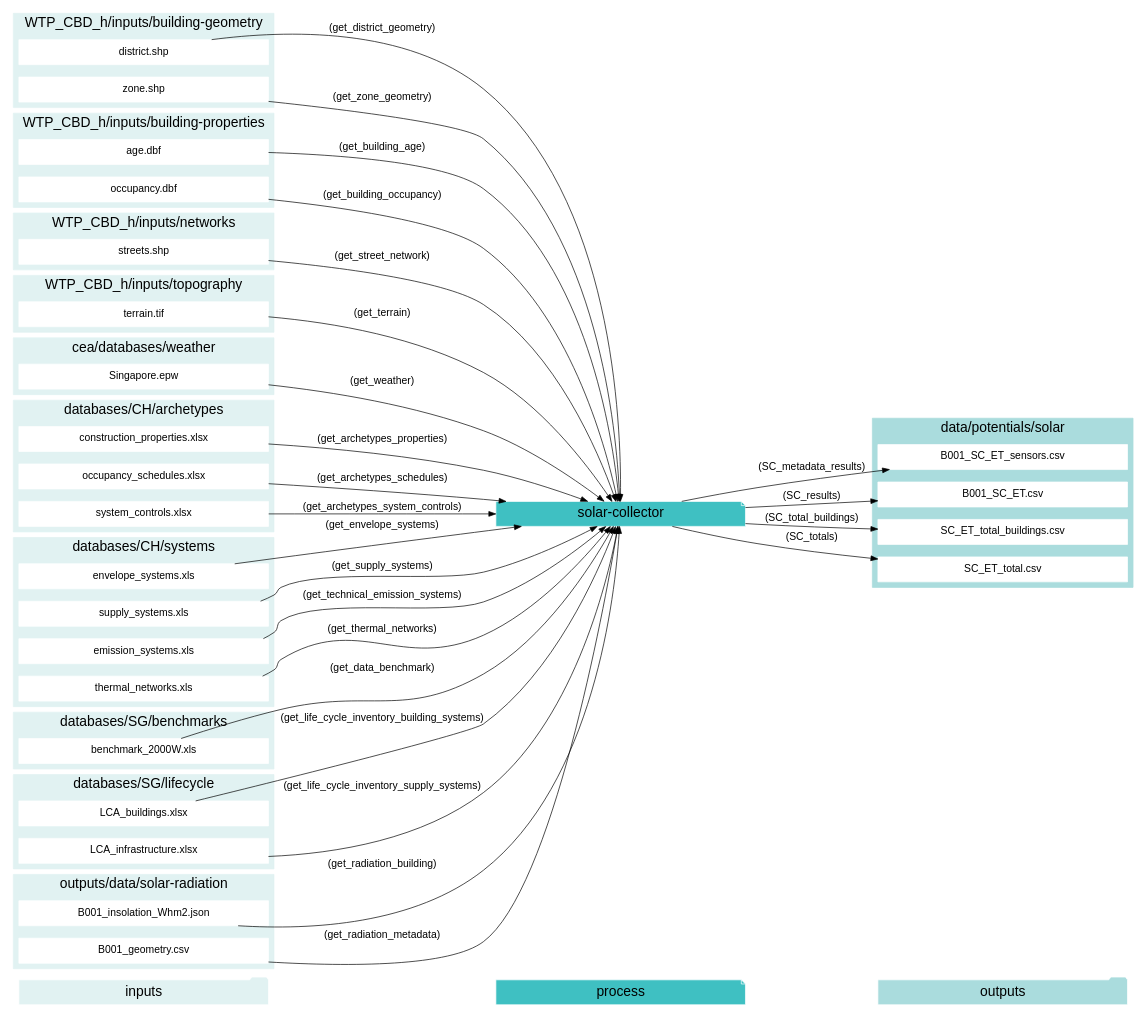
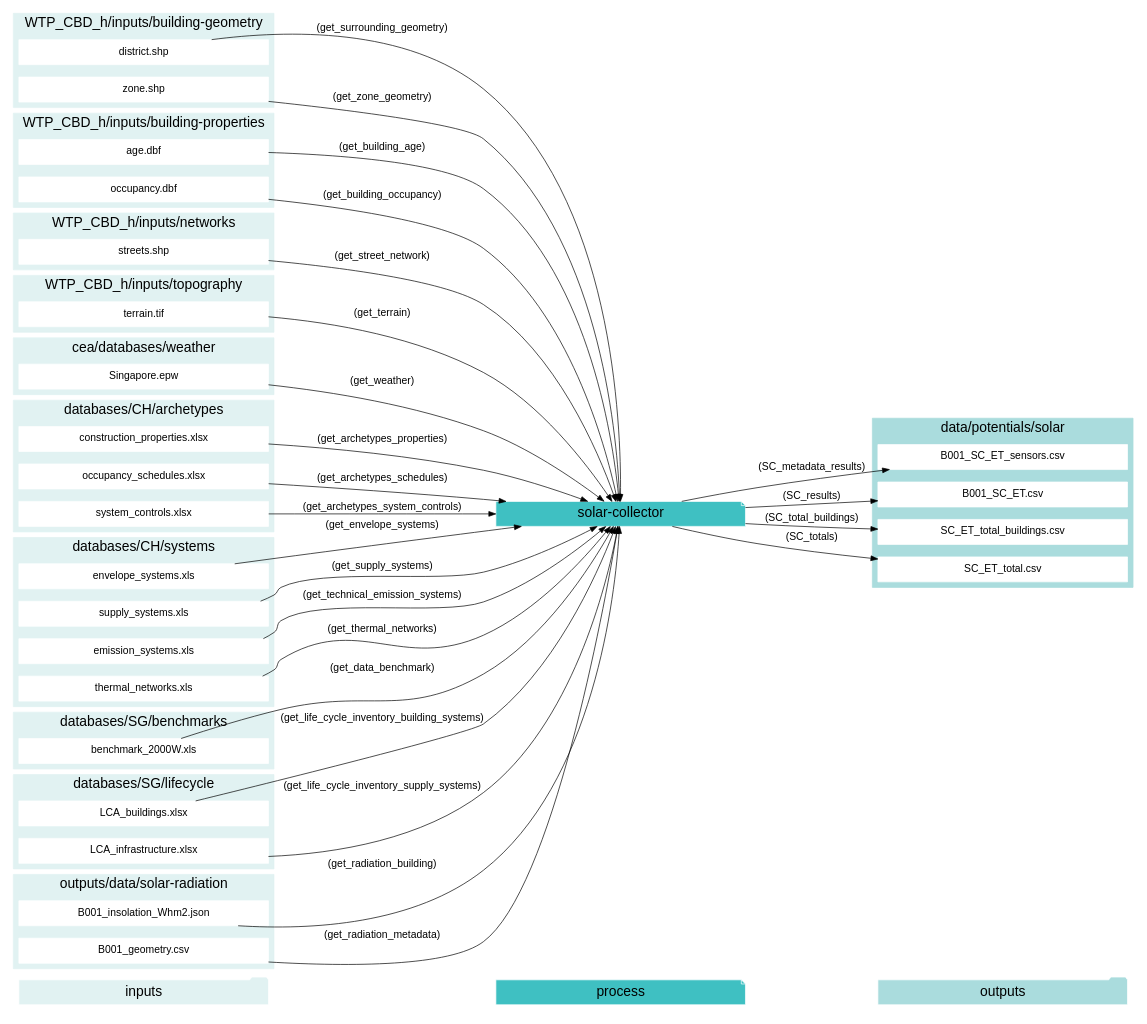
One commit to architecture-building-systems/CityEnergyAnalyst changed the fifth of 12 diagrams in docs/script-data-flow.rst. Above: the diagram before and after it, drawn with Graphviz. The commit also changed other lines of this file and 9 other files, not shown here.

```diff
--- a/docs/script-data-flow.rst
+++ b/docs/script-data-flow.rst
@@ -689,7 +689,7 @@
     "age.dbf" -> "solar-collector"[label="(get_building_age)"]
     "occupancy.dbf" -> "solar-collector"[label="(get_building_occupancy)"]
     "benchmark_2000W.xls" -> "solar-collector"[label="(get_data_benchmark)"]
-    "district.shp" -> "solar-collector"[label="(get_district_geometry)"]
+    "district.shp" -> "solar-collector"[label="(get_surrounding_geometry)"]
     "envelope_systems.xls" -> "solar-collector"[label="(get_envelope_systems)"]
     "LCA_buildings.xlsx" -> "solar-collector"[label="(get_life_cycle_inventory_building_systems)"]
     "LCA_infrastructure.xlsx" -> "solar-collector"[label="(get_life_cycle_inventory_supply_systems)"]
```
